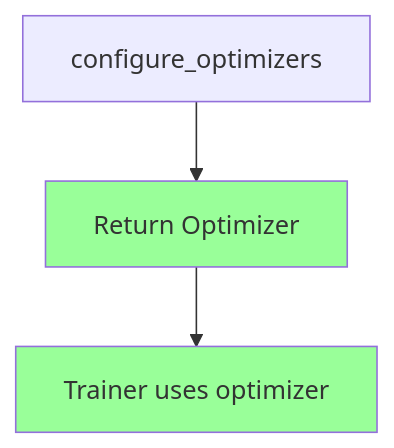
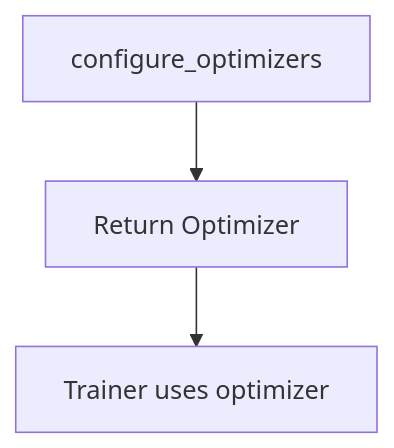
The first of 2 diagrams in docs/deep-learning/pytorch-lightning/04-custom-implementation/04-optimizer-scheduler.mdx (SAILTECHTEAM/knowledge-base), drawn with Mermaid before and after one commit. The commit also changed other lines of this file and 7 other files, not shown here.

````diff
--- a/docs/deep-learning/pytorch-lightning/04-custom-implementation/04-optimizer-scheduler.mdx
+++ b/docs/deep-learning/pytorch-lightning/04-custom-implementation/04-optimizer-scheduler.mdx
@@ -41,8 +41,6 @@
 ```mermaid
 flowchart TD
     A[configure_optimizers] --> B[Return Optimizer]
     B --> C[Trainer uses optimizer]
     
-    style B fill:#9f9
-    style C fill:#9f9
 ```
````
